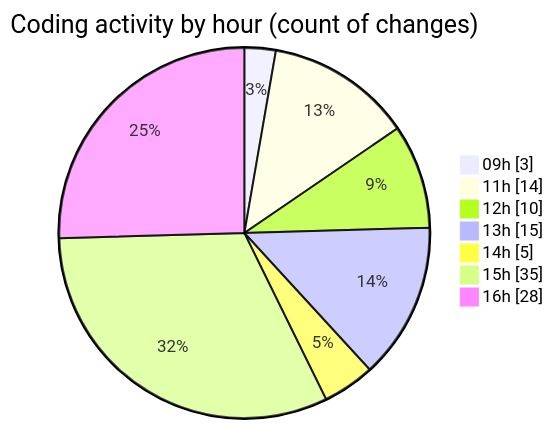
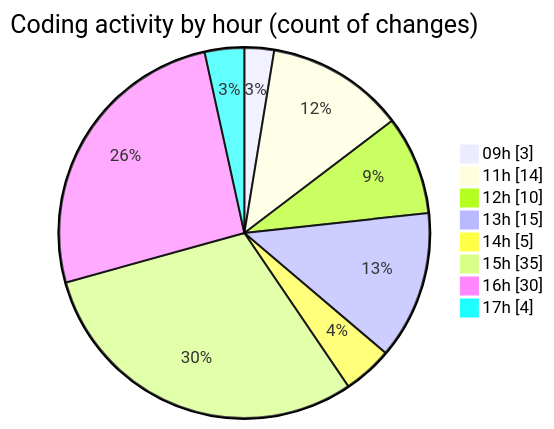
One commit to momahboobian/code-tracking changed the second of 2 diagrams in 2026-05-14/cda/README.md. Above: the diagram before and after it, drawn with Mermaid. The commit also changed other lines of this file and 1 other file, not shown here.

````diff
--- a/2026-05-14/cda/README.md
+++ b/2026-05-14/cda/README.md
@@ -52,11 +52,12 @@
 ```mermaid
 pie showData
 title Coding activity by hour (count of changes)
 "09h" : 3
 "11h" : 14
 "12h" : 10
 "13h" : 15
 "14h" : 5
 "15h" : 35
-"16h" : 28
+"16h" : 30
+"17h" : 4
 ```
````
